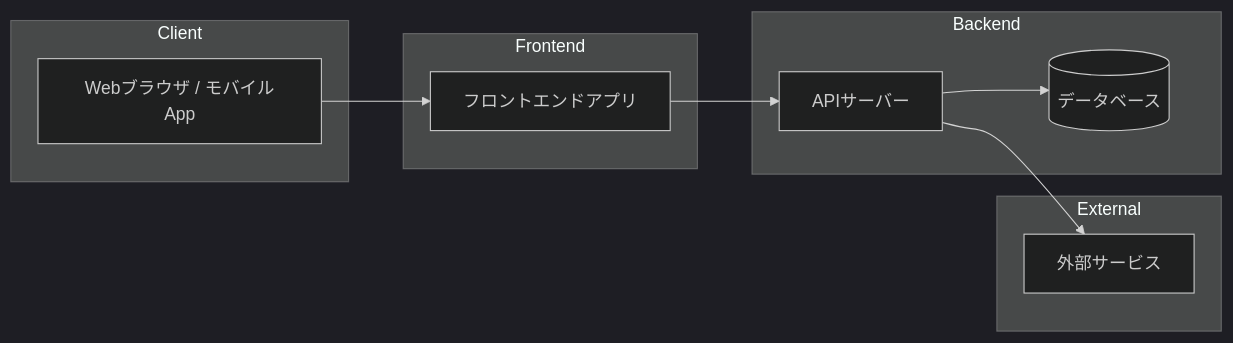
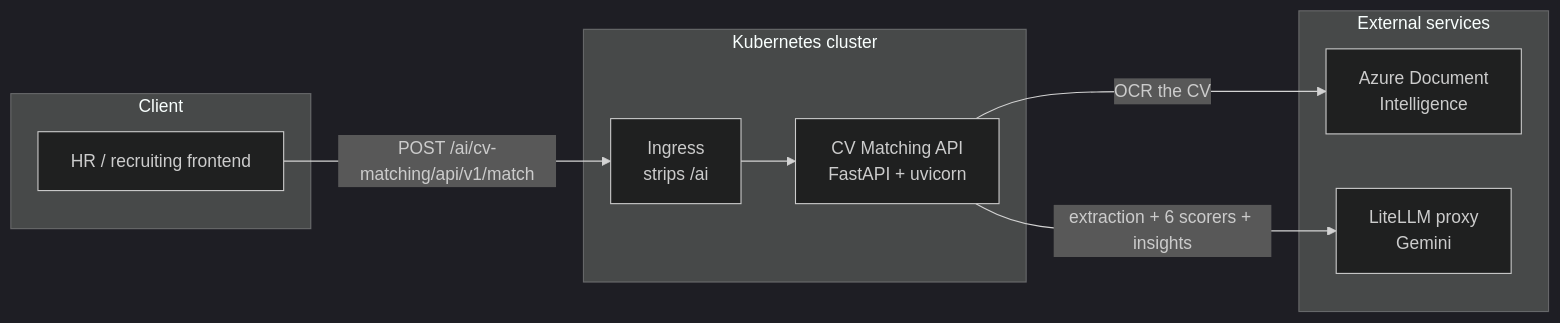
One commit to vietld-3584/CV-Matching changed the diagram in docs/03_system-design/architecture.md. Above: the diagram before and after it, drawn with Mermaid (dark theme). The commit also changed other lines of this file and 83 other files, not shown here.

````diff
--- a/docs/03_system-design/architecture.md
+++ b/docs/03_system-design/architecture.md
@@ -20,19 +28,19 @@
 ```mermaid
 flowchart LR
     subgraph Client
-        A[Webブラウザ / モバイルApp]
+        A[HR / recruiting frontend]
     end
-    subgraph Frontend
-        B[フロントエンドアプリ]
+    subgraph Cluster["Kubernetes cluster"]
+        B[Ingress<br/>strips /ai]
+        C[CV Matching API<br/>FastAPI + uvicorn]
     end
-    subgraph Backend
-        C[APIサーバー]
-        D[(データベース)]
-    end
-    subgraph External
-        E[外部サービス]
+    subgraph External["External services"]
+        D[Azure Document<br/>Intelligence]
+        E[LiteLLM proxy<br/>Gemini]
     end
 
-    A --> B --> C --> D
-    C --> E
+    A -->|POST /ai/cv-matching/api/v1/match| B
+    B --> C
+    C -->|OCR the CV| D
+    C -->|extraction + 6 scorers + insights| E
 ```
````
